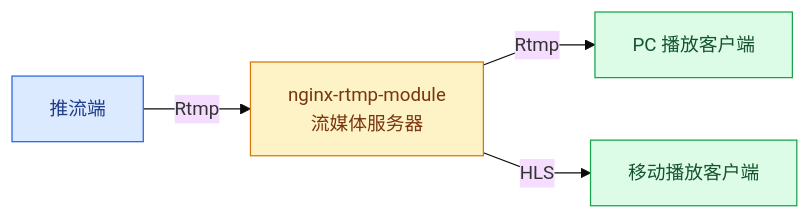
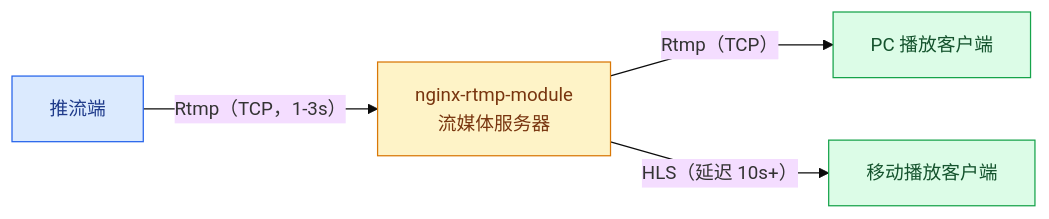
Before and after one commit to DeguiLiu/nginx-rtc-example: the first of 8 diagrams in docs/一种基于Nginx-rtmp的webrtc低延迟直播方法.md, drawn with Mermaid. The commit also changed other lines of this file and 1 other file, not shown here.

Commit message:
story-docs(dm): drop stale ../openresty-rtmp-new fallback from README

````diff
--- a/docs/一种基于Nginx-rtmp的webrtc低延迟直播方法.md
+++ b/docs/一种基于Nginx-rtmp的webrtc低延迟直播方法.md
@@ -46,17 +15,17 @@
 ```mermaid
 %%{init: {"theme": "base", "flowchart": {"curve": "linear"}, "themeVariables": {"fontSize": "15px"}}}%%
 flowchart LR
     push["推流端"]
     server["nginx-rtmp-module<br/>流媒体服务器"]
     pc["PC 播放客户端"]
     mobile["移动播放客户端"]
 
-    push -- "Rtmp" --> server
-    server -- "Rtmp" --> pc
-    server -- "HLS" --> mobile
+    push -- "Rtmp（TCP，1-3s）" --> server
+    server -- "Rtmp（TCP）" --> pc
+    server -- "HLS（延迟 10s+）" --> mobile
 
     style push fill:#dbeafe,stroke:#2563eb,color:#1e3a8a
     style server fill:#fef3c7,stroke:#d97706,color:#78350f
     style pc fill:#dcfce7,stroke:#16a34a,color:#14532d
     style mobile fill:#dcfce7,stroke:#16a34a,color:#14532d
 ```
````
